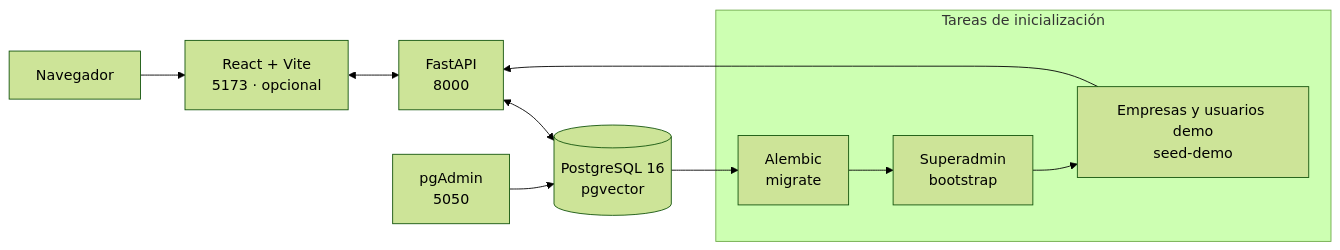
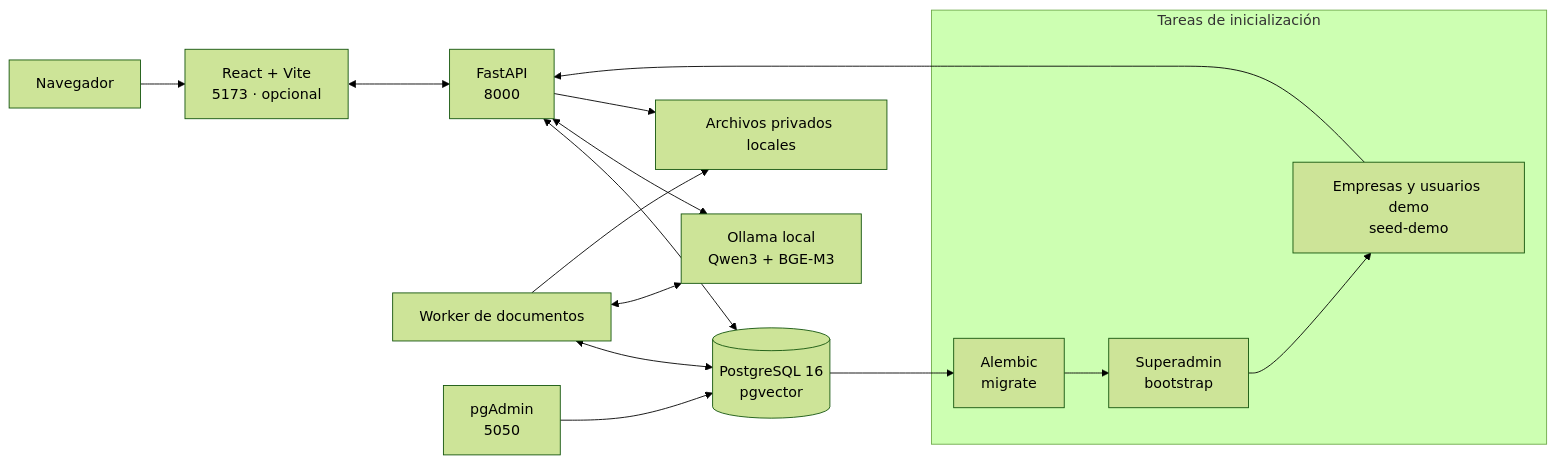
Before and after one commit to BigFrankV/Hackatoon: the first of 2 diagrams in README.md, drawn with Mermaid (forest theme). The commit also changed other lines of this file and 39 other files, not shown here.

````diff
--- a/README.md
+++ b/README.md
@@ -33,20 +35,28 @@
 ```mermaid
 flowchart LR
     Browser["Navegador"]
     Front["React + Vite<br/>5173 · opcional"]
     API["FastAPI<br/>8000"]
+    Worker["Worker de documentos"]
     DB[("PostgreSQL 16<br/>pgvector")]
+    Ollama["Ollama local<br/>Qwen3 + BGE-M3"]
+    Storage["Archivos privados locales"]
     PGAdmin["pgAdmin<br/>5050"]
 
     subgraph Setup["Tareas de inicialización"]
         Migrate["Alembic<br/>migrate"]
         Bootstrap["Superadmin<br/>bootstrap"]
         Seed["Empresas y usuarios demo<br/>seed-demo"]
     end
 
     Browser --> Front
     Front <--> API
     API <--> DB
+    API <--> Ollama
+    Worker <--> DB
+    Worker <--> Ollama
+    API --> Storage
+    Worker --> Storage
     PGAdmin --> DB
     DB --> Migrate --> Bootstrap --> Seed --> API
 ```
````
